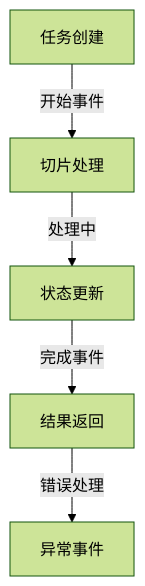
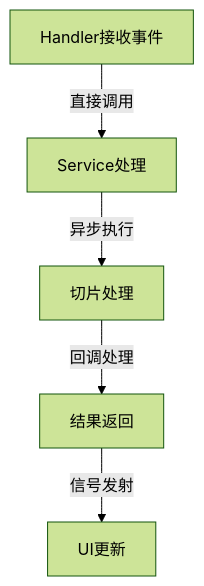
One commit to Zhosolune/RadarIdentifyProject changed diagram 19 of 22 in 知识库.md. Above: the diagram before and after it, drawn with Mermaid (forest theme). The commit also changed other lines of this file and 17 other files, not shown here.

````diff
--- a/知识库.md
+++ b/知识库.md
@@ -2119,7 +2115,7 @@
     ```mermaid
     graph TD
-        A[任务创建] -->|开始事件| B[切片处理]
-        B -->|处理中| C[状态更新]
-        C -->|完成事件| D[结果返回]
-        D -->|错误处理| E[异常事件]
+        A[Handler接收事件] -->|直接调用| B[Service处理]
+        B -->|异步执行| C[切片处理]
+        C -->|回调处理| D[结果返回]
+        D -->|信号发射| E[UI更新]
     ```
````
